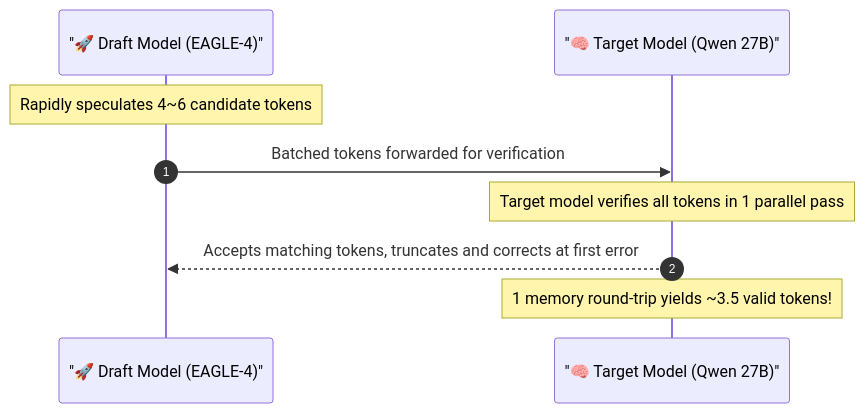
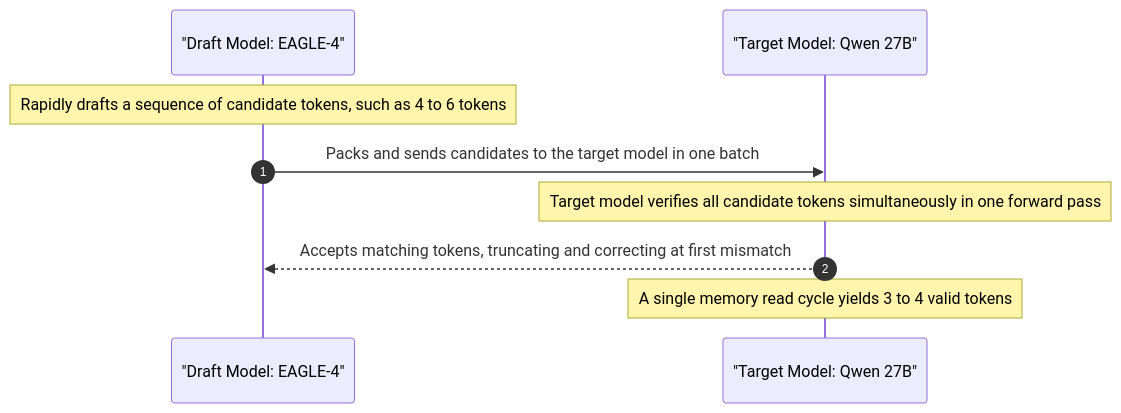
One commit to kulego-cpu/free-ai-resources changed the first of 2 diagrams in guides/en/eagle-4-speculative-decoding-guide.md. Above: the diagram before and after it, drawn with Mermaid. The commit also changed other lines of this file and 3 other files, not shown here.

````diff
--- a/guides/en/eagle-4-speculative-decoding-guide.md
+++ b/guides/en/eagle-4-speculative-decoding-guide.md
@@ -33,12 +48,12 @@
 ```mermaid
 sequenceDiagram
     autonumber
-    participant Draft as "🚀 Draft Model (EAGLE-4)"
-    participant Target as "🧠 Target Model (Qwen 27B)"
+    participant Draft as "Draft Model: EAGLE-4"
+    participant Target as "Target Model: Qwen 27B"
     
-    Note over Draft: Rapidly speculates 4~6 candidate tokens
-    Draft->>Target: Batched tokens forwarded for verification
-    Note over Target: Target model verifies all tokens in 1 parallel pass
-    Target-->>Draft: Accepts matching tokens, truncates and corrects at first error
-    Note over Target: 1 memory round-trip yields ~3.5 valid tokens!
+    Note over Draft: Rapidly drafts a sequence of candidate tokens, such as 4 to 6 tokens
+    Draft->>Target: Packs and sends candidates to the target model in one batch
+    Note over Target: Target model verifies all candidate tokens simultaneously in one forward pass
+    Target-->>Draft: Accepts matching tokens, truncating and correcting at first mismatch
+    Note over Target: A single memory read cycle yields 3 to 4 valid tokens
 ```
````
